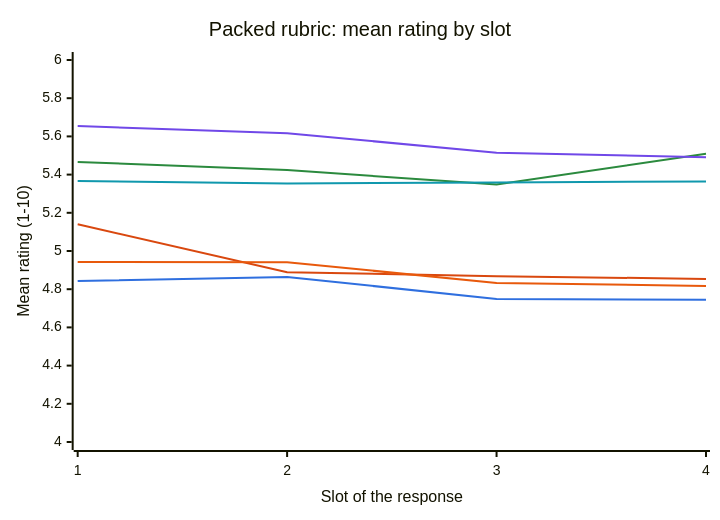
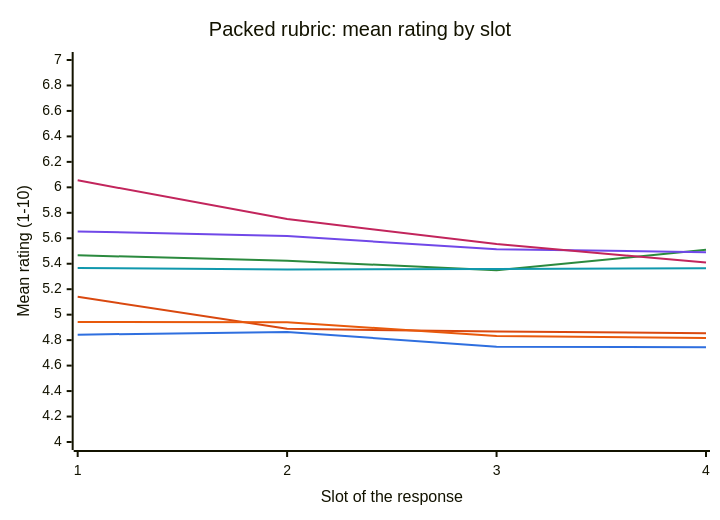
One commit to dorkitude/order-blind-decisions changed the second of 2 diagrams in results/main-report.md. Above: the diagram before and after it, drawn with Mermaid. The commit also changed other lines of this file and 16 other files, not shown here.

````diff
--- a/results/main-report.md
+++ b/results/main-report.md
@@ -44,13 +46,14 @@
 ```mermaid
-%%{init: {"themeVariables": {"xyChart": {"plotColorPalette": "#2f6fdf, #d9480f, #2b8a3e, #7048e8, #1098ad, #e8590c"}}}}%%
+%%{init: {"themeVariables": {"xyChart": {"plotColorPalette": "#2f6fdf, #d9480f, #2b8a3e, #7048e8, #1098ad, #e8590c, #c2255c"}}}}%%
 xychart-beta
     title "Packed rubric: mean rating by slot"
     x-axis "Slot of the response" [1, 2, 3, 4]
-    y-axis "Mean rating (1-10)" 4.0 --> 6.0
+    y-axis "Mean rating (1-10)" 4.0 --> 7.0
     line [4.843, 4.864, 4.749, 4.745]
     line [5.140, 4.889, 4.868, 4.854]
     line [5.466, 5.424, 5.348, 5.509]
     line [5.654, 5.617, 5.514, 5.491]
     line [5.367, 5.354, 5.359, 5.364]
     line [4.942, 4.941, 4.833, 4.817]
+    line [6.055, 5.751, 5.555, 5.409]
 ```
````
